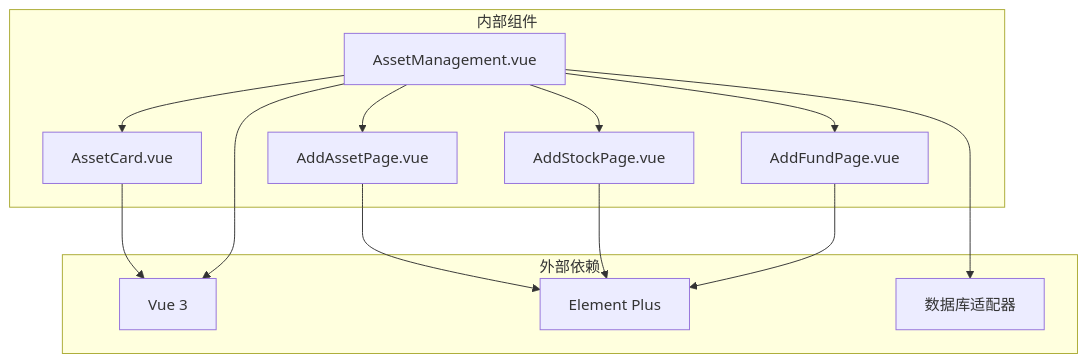
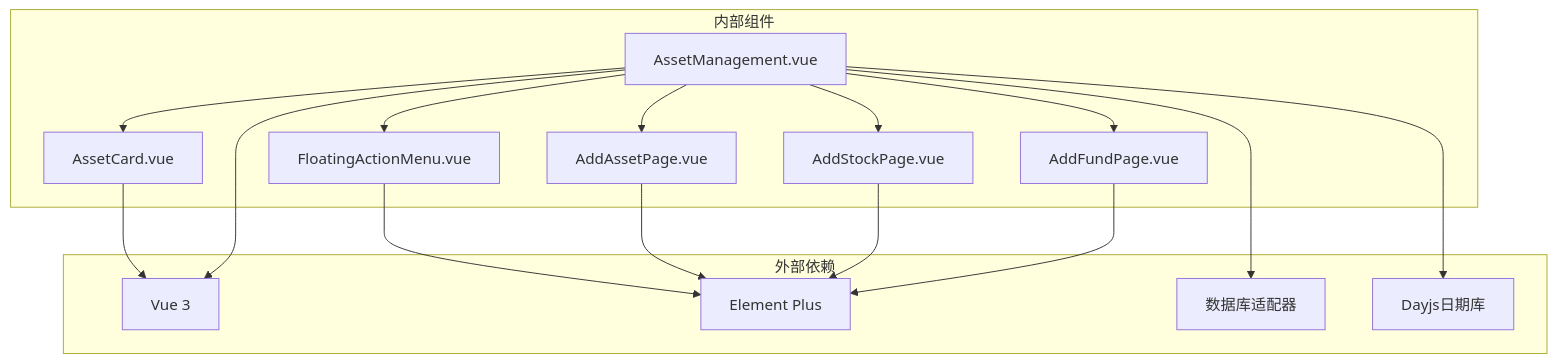
One commit to xiao-lin-unit/yuan changed the ninth of 10 diagrams in .qoder/repowiki/zh/content/资产管理/资产卡片组件.md. Above: the diagram before and after it, drawn with Mermaid. The commit also changed other lines of this file and 14 other files, not shown here.

````diff
--- a/.qoder/repowiki/zh/content/资产管理/资产卡片组件.md
+++ b/.qoder/repowiki/zh/content/资产管理/资产卡片组件.md
@@ -312,25 +353,30 @@
 ```mermaid
 graph TB
 subgraph "外部依赖"
 Vue[Vue 3]
 ElementPlus[Element Plus]
 Database[数据库适配器]
+Dayjs[Dayjs日期库]
 end
 subgraph "内部组件"
 AssetCard[AssetCard.vue]
 AssetManagement[AssetManagement.vue]
+FloatingActionMenu[FloatingActionMenu.vue]
 AddAssetPage[AddAssetPage.vue]
 AddStockPage[AddStockPage.vue]
 AddFundPage[AddFundPage.vue]
 end
 AssetManagement --> AssetCard
+AssetManagement --> FloatingActionMenu
 AssetManagement --> AddAssetPage
 AssetManagement --> AddStockPage
 AssetManagement --> AddFundPage
 AssetCard --> Vue
 AssetManagement --> Vue
+FloatingActionMenu --> ElementPlus
 AddAssetPage --> ElementPlus
 AddStockPage --> ElementPlus
 AddFundPage --> ElementPlus
 AssetManagement --> Database
+AssetManagement --> Dayjs
 ```
````
